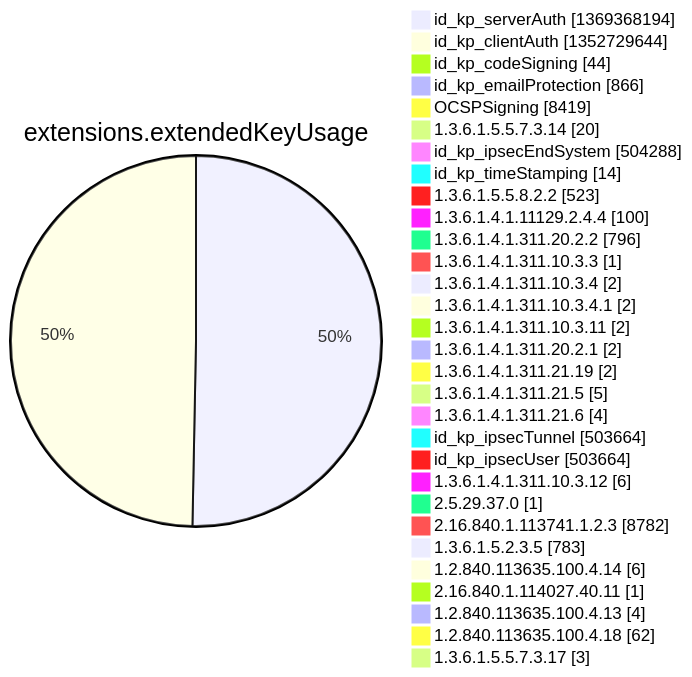
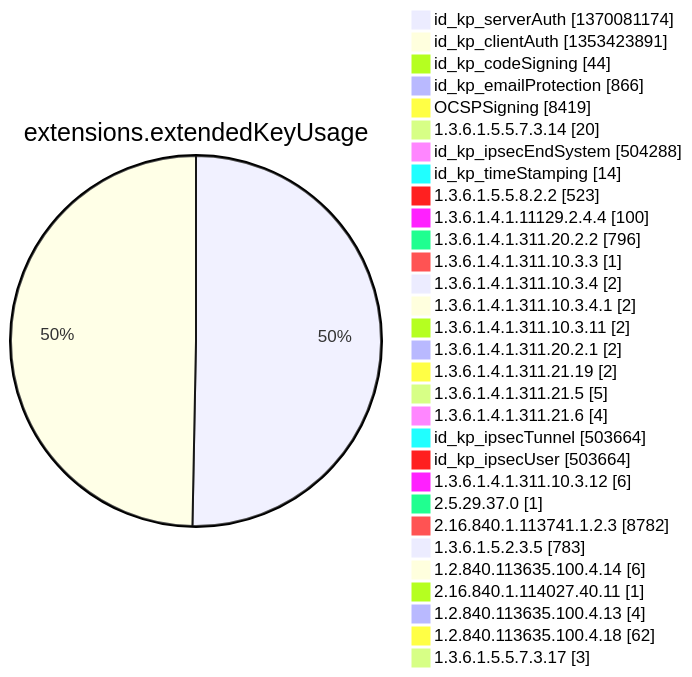
Before and after one commit to christiankrug/ctmonitor_visualization: diagram 12 of 15 in argon2022/README.md, drawn with Mermaid. The commit also changed other lines of this file, not shown here.

````diff
--- a/argon2022/README.md
+++ b/argon2022/README.md
@@ -3553,34 +3553,34 @@
 ```mermaid
 pie showData
 title extensions.extendedKeyUsage
-"id_kp_serverAuth" :1369368194
-"id_kp_clientAuth" :1352729644
+"id_kp_serverAuth" :1370081174
+"id_kp_clientAuth" :1353423891
 "id_kp_codeSigning" :44
 "id_kp_emailProtection" :866
 "OCSPSigning" :8419
 "1.3.6.1.5.5.7.3.14" :20
 "id_kp_ipsecEndSystem" :504288
 "id_kp_timeStamping" :14
 "1.3.6.1.5.5.8.2.2" :523
 "1.3.6.1.4.1.11129.2.4.4" :100
 "1.3.6.1.4.1.311.20.2.2" :796
 "1.3.6.1.4.1.311.10.3.3" :1
 "1.3.6.1.4.1.311.10.3.4" :2
 "1.3.6.1.4.1.311.10.3.4.1" :2
 "1.3.6.1.4.1.311.10.3.11" :2
 "1.3.6.1.4.1.311.20.2.1" :2
 "1.3.6.1.4.1.311.21.19" :2
 "1.3.6.1.4.1.311.21.5" :5
 "1.3.6.1.4.1.311.21.6" :4
 "id_kp_ipsecTunnel" :503664
 "id_kp_ipsecUser" :503664
 "1.3.6.1.4.1.311.10.3.12" :6
 "2.5.29.37.0" :1
 "2.16.840.1.113741.1.2.3" :8782
 "1.3.6.1.5.2.3.5" :783
 "1.2.840.113635.100.4.14" :6
 "2.16.840.1.114027.40.11" :1
 "1.2.840.113635.100.4.13" :4
 "1.2.840.113635.100.4.18" :62
 "1.3.6.1.5.5.7.3.17" :3
 ```
````
